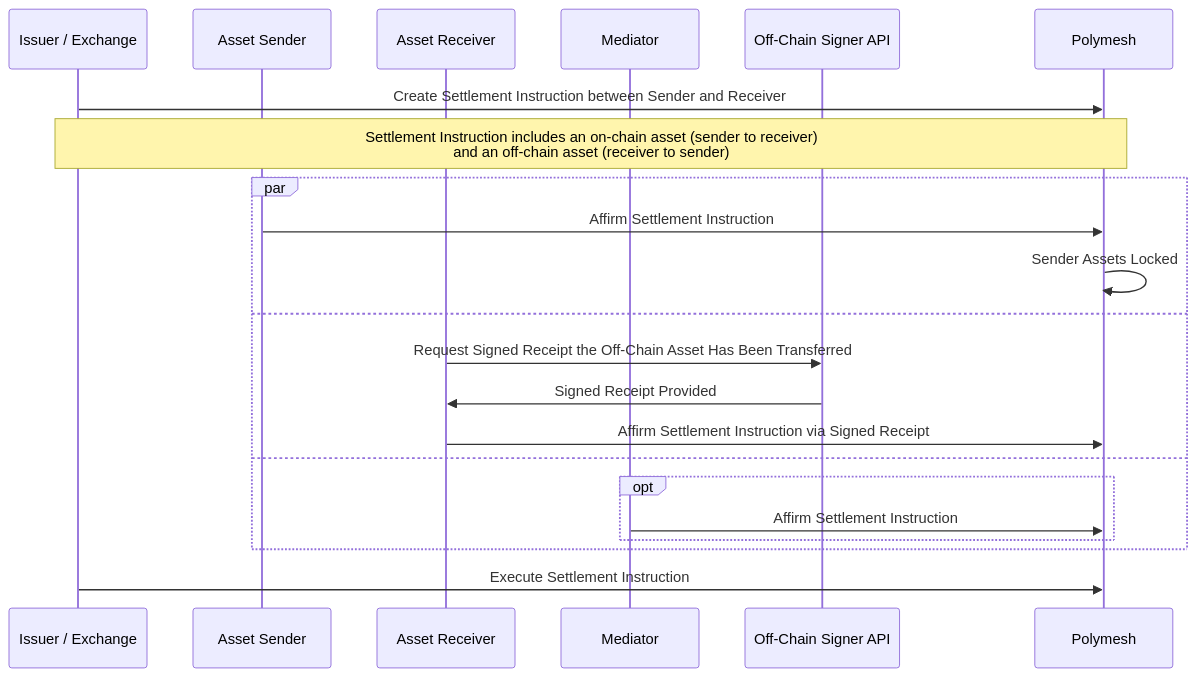
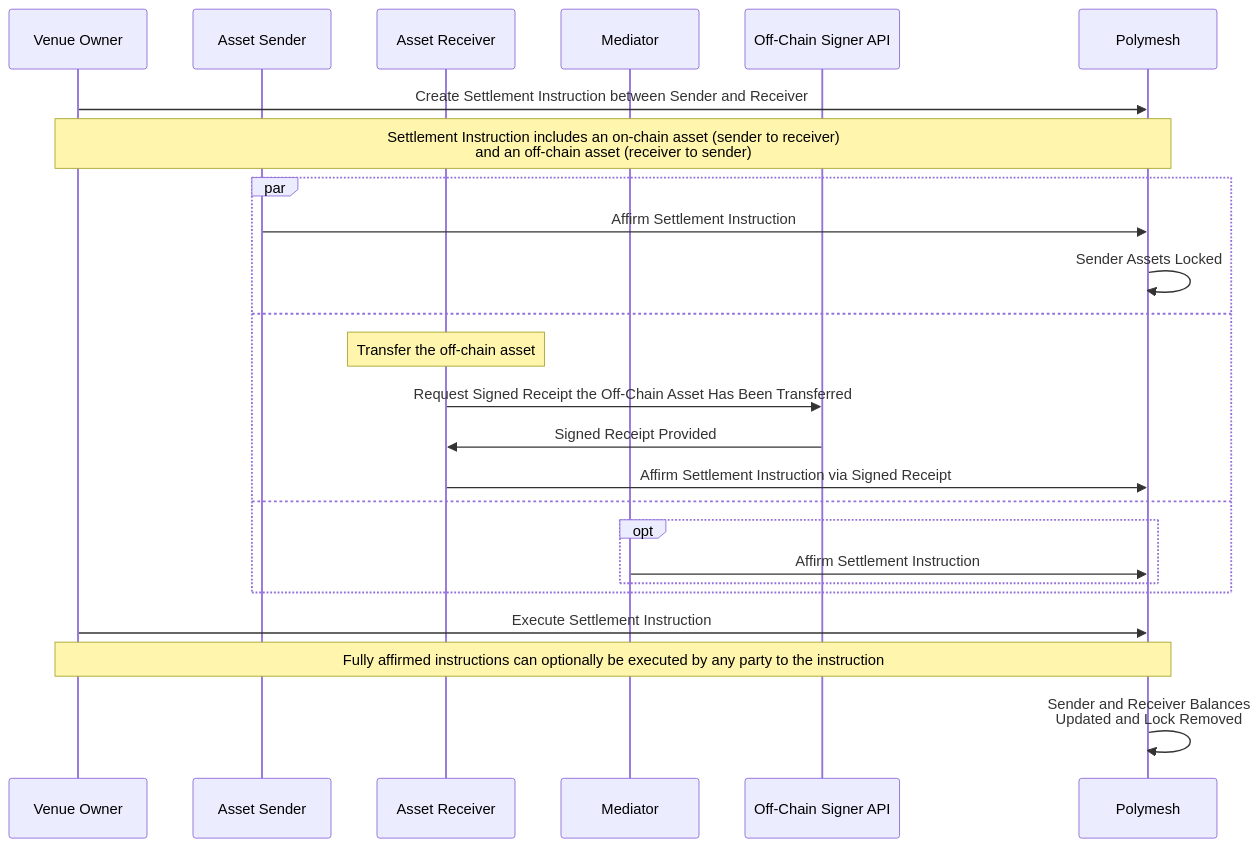
One commit to PolymeshAssociation/polymesh-documentation-site changed the fifth of 5 diagrams in polymesh-docs/primitives/settlement/settlement-diagrams.mdx. Above: the diagram before and after it, drawn with Mermaid. The commit also changed other lines of this file, not shown here.

Commit message:
change "Issuer / Exchange" to "Venue Owner"

````diff
--- a/polymesh-docs/primitives/settlement/settlement-diagrams.mdx
+++ b/polymesh-docs/primitives/settlement/settlement-diagrams.mdx
@@ -157,27 +158,30 @@
 ```mermaid
 sequenceDiagram
-participant I as Issuer / Exchange
+participant I as Venue Owner
 participant S as Asset Sender
 participant R as Asset Receiver
 participant M as Mediator
 participant O as Off-Chain Signer API
 participant P as Polymesh
 
 I ->> P: Create Settlement Instruction between Sender and Receiver
 note over I,P: Settlement Instruction includes an on-chain asset (sender to receiver)<br/>and an off-chain asset (receiver to sender)
 
 par
   S ->> P: Affirm Settlement Instruction
   P ->> P: Sender Assets Locked
 and
+  note over R: Transfer the off-chain asset
   R ->> O: Request Signed Receipt the Off-Chain Asset Has Been Transferred
   O ->> R: Signed Receipt Provided
   R ->> P: Affirm Settlement Instruction via Signed Receipt
 and
   opt
     M ->> P: Affirm Settlement Instruction
   end
 end
+I ->> P: Execute Settlement Instruction
+Note over I,P: Fully affirmed instructions can optionally be executed by any party to the instruction
+P ->> P: Sender and Receiver Balances<br>Updated and Lock Removed
 
-I ->> P: Execute Settlement Instruction
 ```
````
